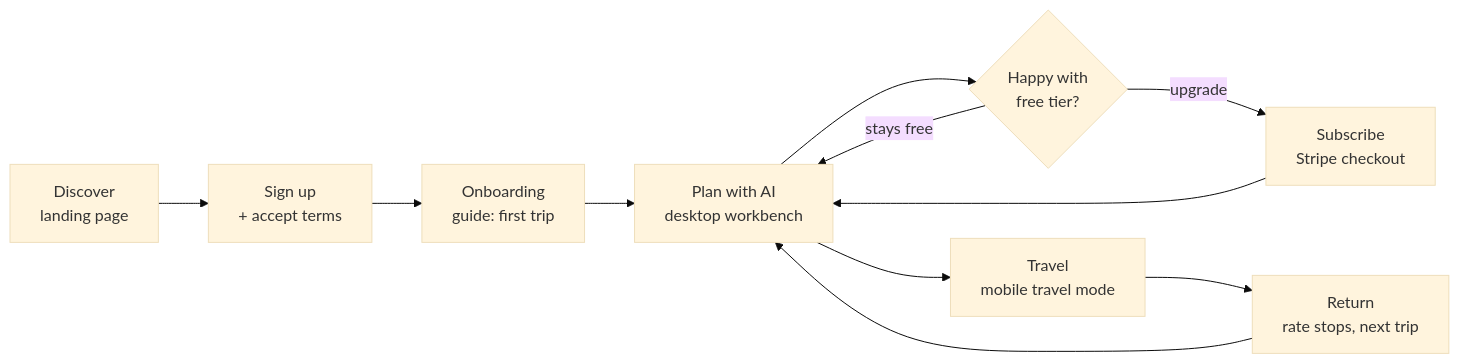
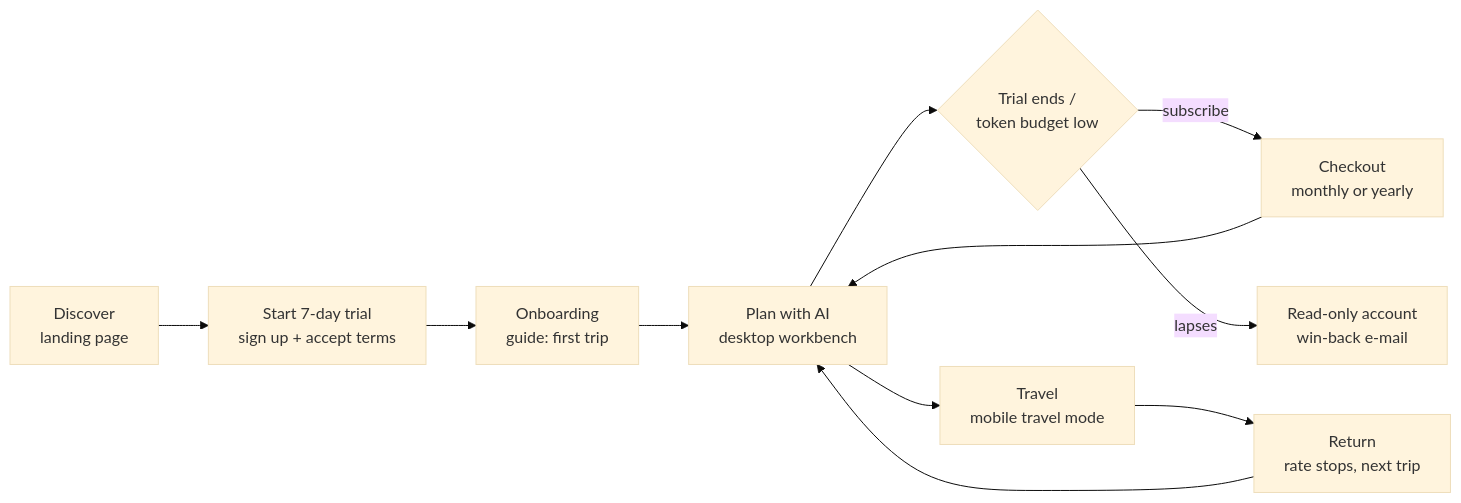
Before and after one commit to arnego/sommerferie2026: the first of 4 diagrams in product_plan/02-user-journeys.md, drawn with Mermaid (base theme). The commit also changed other lines of this file and 24 other files, not shown here.

First line of the commit message:
Apply owner decisions: Roamly, Europe-first, trial + token budgets

````diff
--- a/product_plan/02-user-journeys.md
+++ b/product_plan/02-user-journeys.md
@@ -32,13 +32,13 @@
 ```mermaid
 flowchart LR
-    A[Discover<br/>landing page] --> B[Sign up<br/>+ accept terms]
+    A[Discover<br/>landing page] --> B[Start 7-day trial<br/>sign up + accept terms]
     B --> C[Onboarding<br/>guide: first trip]
     C --> D[Plan with AI<br/>desktop workbench]
-    D --> E{Happy with<br/>free tier?}
-    E -- upgrade --> F[Subscribe<br/>Stripe checkout]
-    E -- stays free --> D
+    D --> E{Trial ends /<br/>token budget low}
+    E -- subscribe --> F[Checkout<br/>monthly or yearly]
+    E -- lapses --> X[Read-only account<br/>win-back e-mail]
     F --> D
     D --> G[Travel<br/>mobile travel mode]
     G --> H[Return<br/>rate stops, next trip]
     H --> D
 ```
````
